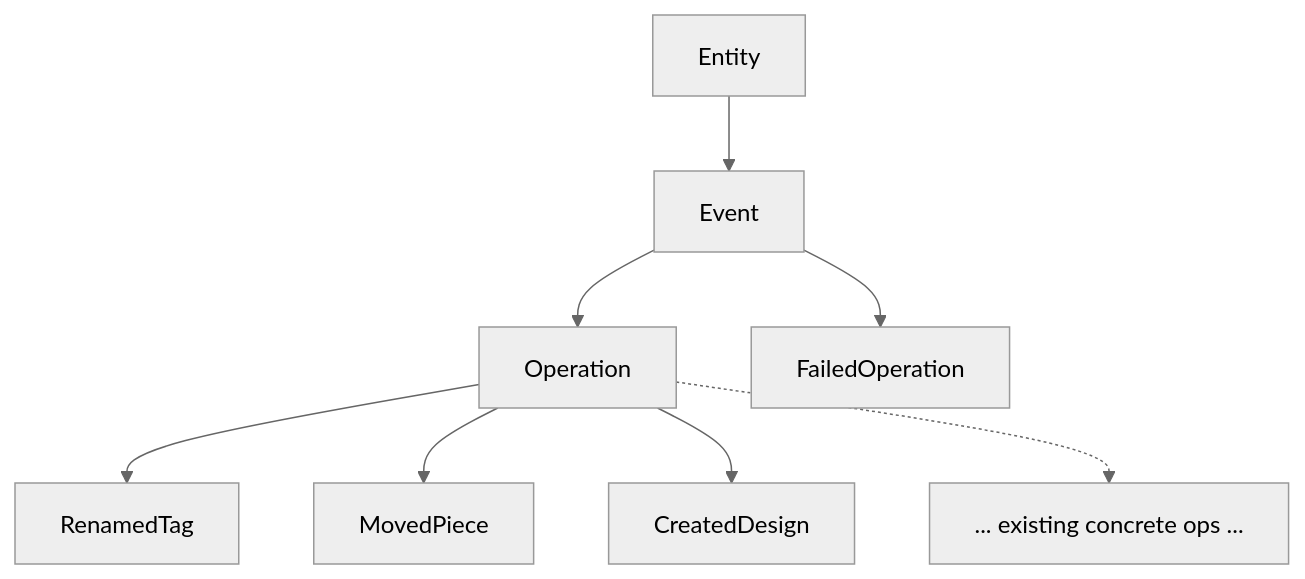
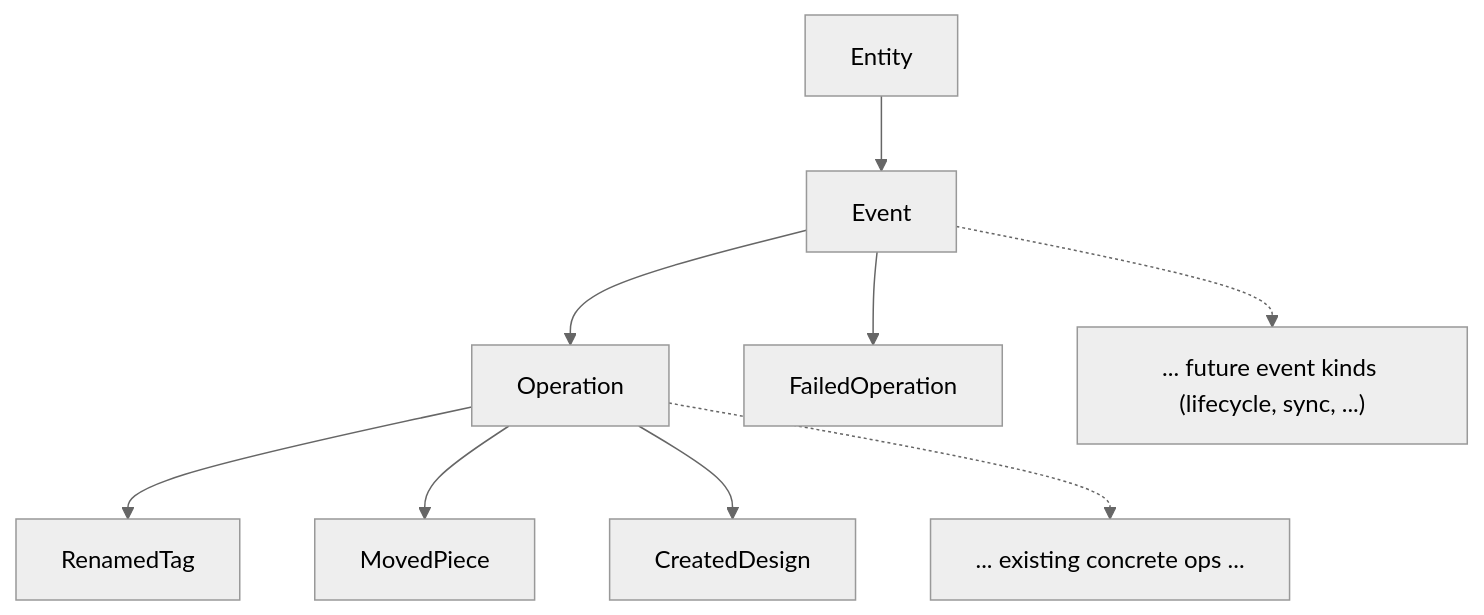
The diagram in .cursor/plans/single_subscription_endpoint_9d8dfb86.plan.md (usalu/semio), drawn with Mermaid (neutral theme) before and after one commit. The commit also changed other lines of this file and 2 other files, not shown here.

````diff
--- a/.cursor/plans/single_subscription_endpoint_9d8dfb86.plan.md
+++ b/.cursor/plans/single_subscription_endpoint_9d8dfb86.plan.md
@@ -37,10 +46,11 @@
 ```mermaid
 graph TD
   Entity --> Event
   Event --> Operation
   Event --> FailedOperation
+  Event -.-> FutureLifecycle["... future event kinds (lifecycle, sync, ...)"]
   Operation --> RenamedTag
   Operation --> MovedPiece
   Operation --> CreatedDesign
-  Operation -.-> Others[... existing concrete ops ...]
+  Operation -.-> Others["... existing concrete ops ..."]
 ```
````
